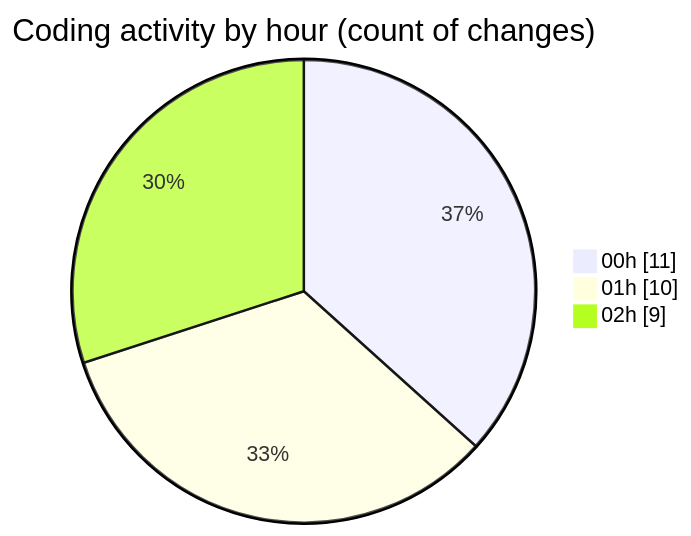
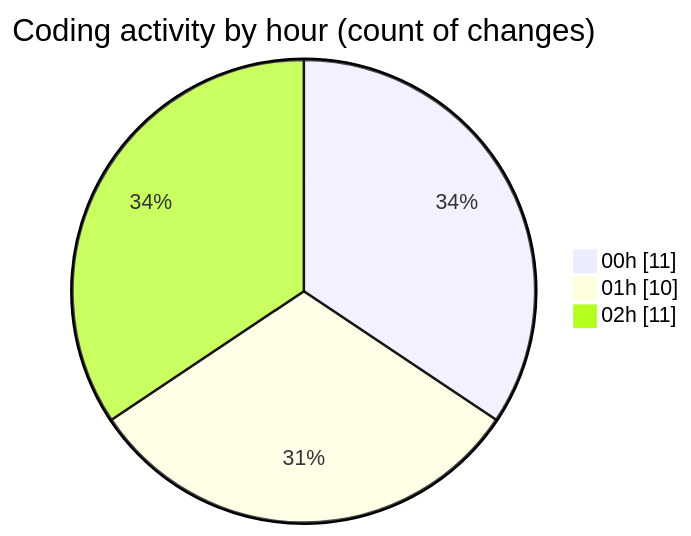
The second of 2 diagrams in 2025-11-02/cdp_aleoudev_fr__workspace_/README.md (julien-gomy/code-tracking), drawn with Mermaid before and after one commit. The commit also changed other lines of this file and 1 other file, not shown here.

````diff
--- a/2025-11-02/cdp_aleoudev_fr__workspace_/README.md
+++ b/2025-11-02/cdp_aleoudev_fr__workspace_/README.md
@@ -32,7 +32,7 @@
 ```mermaid
 pie showData
 title Coding activity by hour (count of changes)
 "00h" : 11
 "01h" : 10
-"02h" : 9
+"02h" : 11
 ```
````
